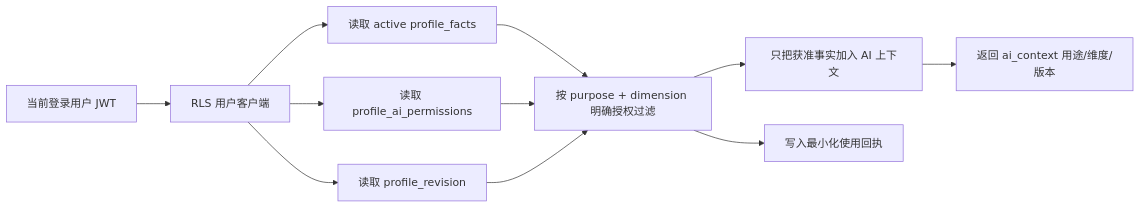
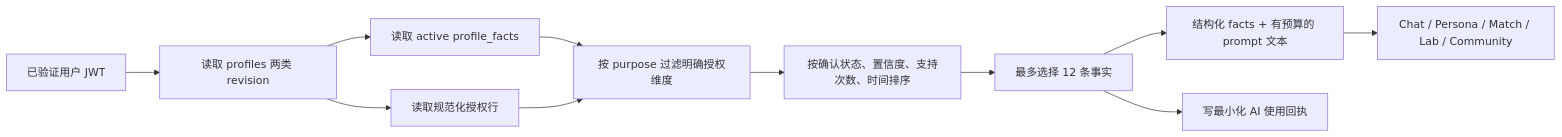
One commit to YiWang24/possibility changed the diagram in docs/个人档案与AI使用设计.md. Above: the diagram before and after it, drawn with Mermaid. The commit also changed other lines of this file and 40 other files, not shown here.

````diff
--- a/docs/个人档案与AI使用设计.md
+++ b/docs/个人档案与AI使用设计.md
@@ -62,13 +194,13 @@
 ```mermaid
 flowchart LR
-    A["当前登录用户 JWT"] --> B["RLS 用户客户端"]
+    A["已验证用户 JWT"] --> B["读取 profiles 两类 revision"]
     B --> C["读取 active profile_facts"]
-    B --> D["读取 profile_ai_permissions"]
-    B --> E["读取 profile_revision"]
-    C --> F["按 purpose + dimension 明确授权过滤"]
-    D --> F
-    E --> F
-    F --> G["只把获准事实加入 AI 上下文"]
-    G --> H["返回 ai_context 用途/维度/版本"]
-    F --> I["写入最小化使用回执"]
+    B --> D["读取规范化授权行"]
+    C --> E["按 purpose 过滤明确授权维度"]
+    D --> E
+    E --> F["按确认状态、置信度、支持次数、时间排序"]
+    F --> G["最多选择 12 条事实"]
+    G --> H["结构化 facts + 有预算的 prompt 文本"]
+    H --> I["Chat / Persona / Match / Lab / Community"]
+    G --> J["写最小化 AI 使用回执"]
 ```
````
